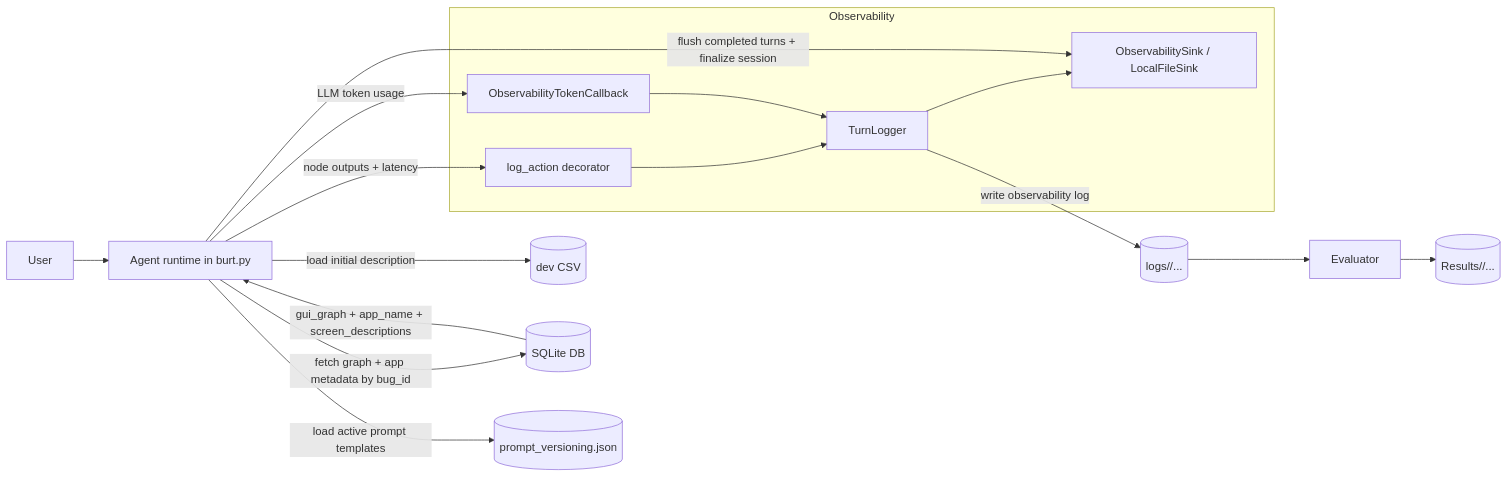
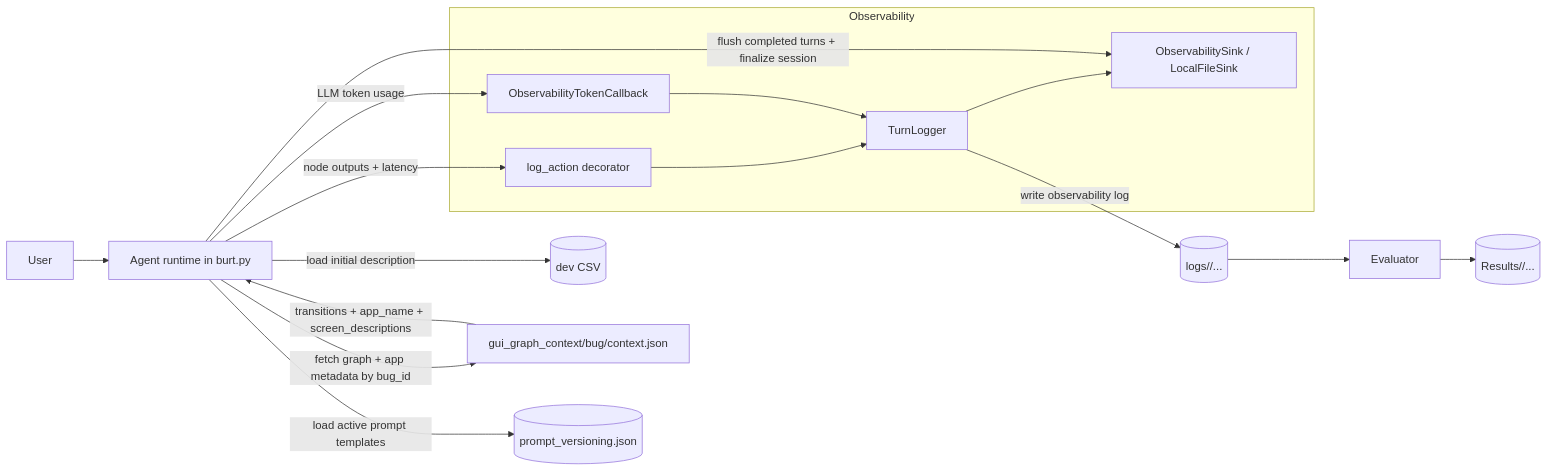
One commit to sea-lab-wm/agentic_burt changed the first of 2 diagrams in ARCHITECTURE.md. Above: the diagram before and after it, drawn with Mermaid. The commit also changed other lines of this file and 18 other files, not shown here.

````diff
--- a/ARCHITECTURE.md
+++ b/ARCHITECTURE.md
@@ -7,26 +7,26 @@
 ```mermaid
 flowchart LR
     U[User] --> A[Agent runtime in burt.py]
     A -->|load initial description| CSV[(dev CSV)]
-    A -->|fetch graph + app metadata by bug_id| DB[(SQLite DB)]
-    DB -->|gui_graph + app_name + screen_descriptions| A
+    A -->|fetch graph + app metadata by bug_id| GC[gui_graph_context/bug<id>/context.json]
+    GC -->|transitions + app_name + screen_descriptions| A
     A -->|load active prompt templates| PV[(prompt_versioning.json)]
     L2 -->|write observability log| LOGS[(logs/<PROMPT_VERSION>/...)]
 
     subgraph OBS[Observability]
       L1[log_action decorator]
       L2[TurnLogger]
       L3[ObservabilityTokenCallback]
       L4[ObservabilitySink / LocalFileSink]
       L1 --> L2
       L3 --> L2
       L2 --> L4
     end
 
     A -->|node outputs + latency| L1
     A -->|LLM token usage| L3
     A -->|flush completed turns + finalize session| L4
 
     LOGS --> E[Evaluator]
     E --> R[(Results/<agent_version>/...)]
 ```
````
